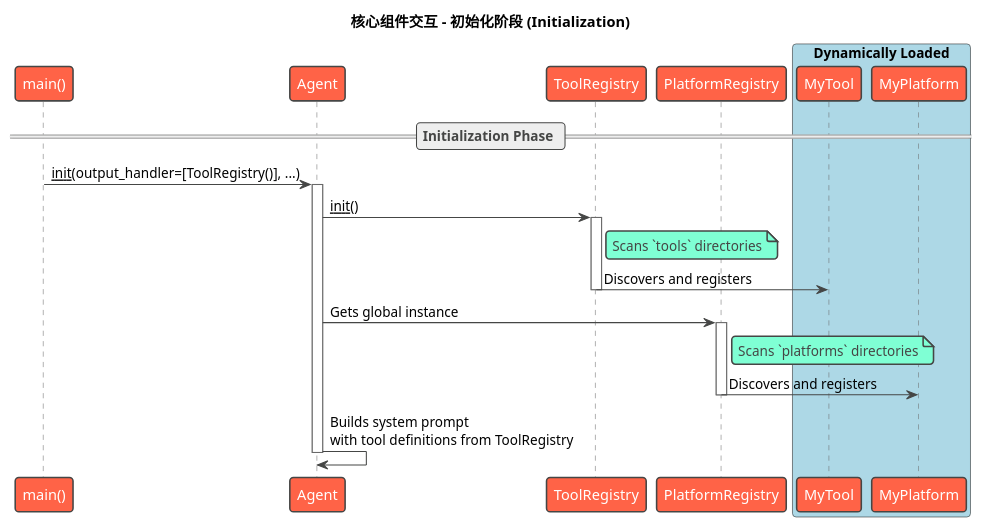
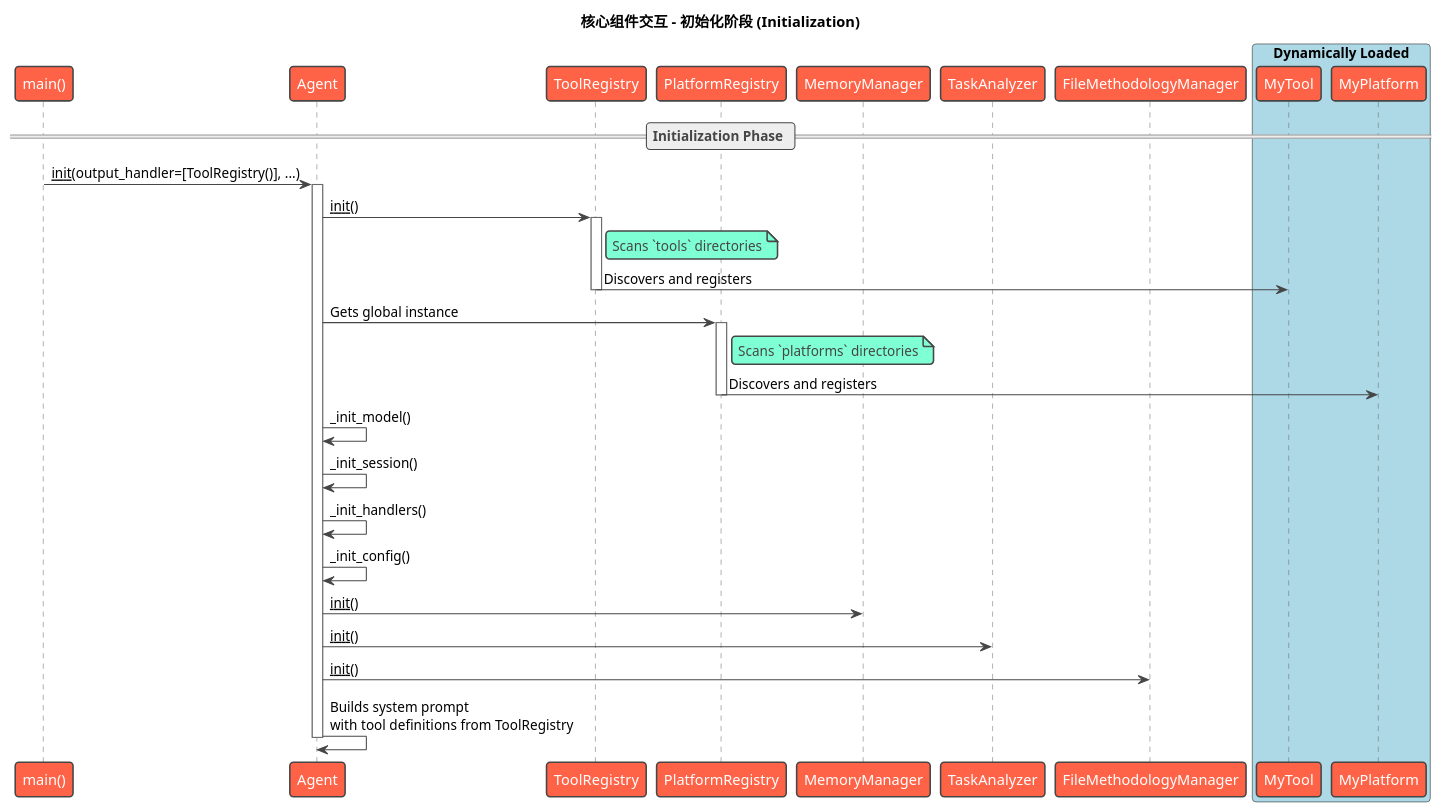
One commit to skyfireitdiy/Jarvis changed the second of 3 diagrams in docs/jarvis_book/3.核心概念与架构.md. Above: the diagram before and after it, drawn with PlantUML. The commit also changed other lines of this file, not shown here.

````diff
--- a/docs/jarvis_book/3.核心概念与架构.md
+++ b/docs/jarvis_book/3.核心概念与架构.md
@@ -272,34 +384,46 @@
 ```plantuml
 @startuml
 !theme vibrant
 title 核心组件交互 - 初始化阶段 (Initialization)
 
 participant "main()" as Main
 participant "Agent" as Agent
 participant "ToolRegistry" as ToolRegistry
 participant "PlatformRegistry" as PlatformRegistry
+participant "MemoryManager" as MemoryManager
+participant "TaskAnalyzer" as TaskAnalyzer
+participant "FileMethodologyManager" as FileMethodologyManager
 
 box "Dynamically Loaded" #LightBlue
     participant "MyTool" as Tool
     participant "MyPlatform" as Platform
 end box
 
 == Initialization Phase ==
 Main -> Agent : __init__(output_handler=[ToolRegistry()], ...)
 activate Agent
 Agent -> ToolRegistry : __init__()
 activate ToolRegistry
 note right of ToolRegistry : Scans `tools` directories
 ToolRegistry -> Tool : Discovers and registers
 deactivate ToolRegistry
 
 Agent -> PlatformRegistry : Gets global instance
 activate PlatformRegistry
 note right of PlatformRegistry: Scans `platforms` directories
 PlatformRegistry -> Platform : Discovers and registers
 deactivate PlatformRegistry
 
+Agent -> Agent : _init_model()
+Agent -> Agent : _init_session()
+Agent -> Agent : _init_handlers()
+Agent -> Agent : _init_config()
+
+Agent -> MemoryManager : __init__()
+Agent -> TaskAnalyzer : __init__()
+Agent -> FileMethodologyManager : __init__()
+
 Agent -> Agent : Builds system prompt\nwith tool definitions from ToolRegistry
 deactivate Agent
 @enduml
 ```
````
